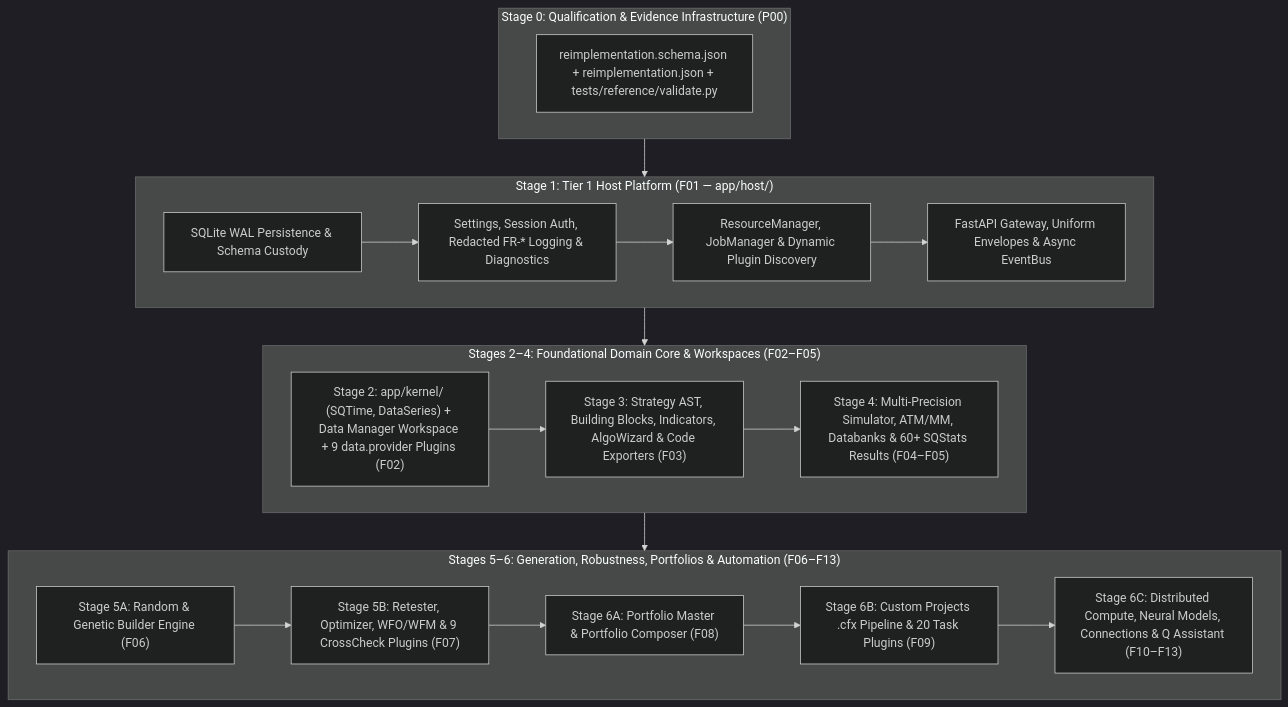
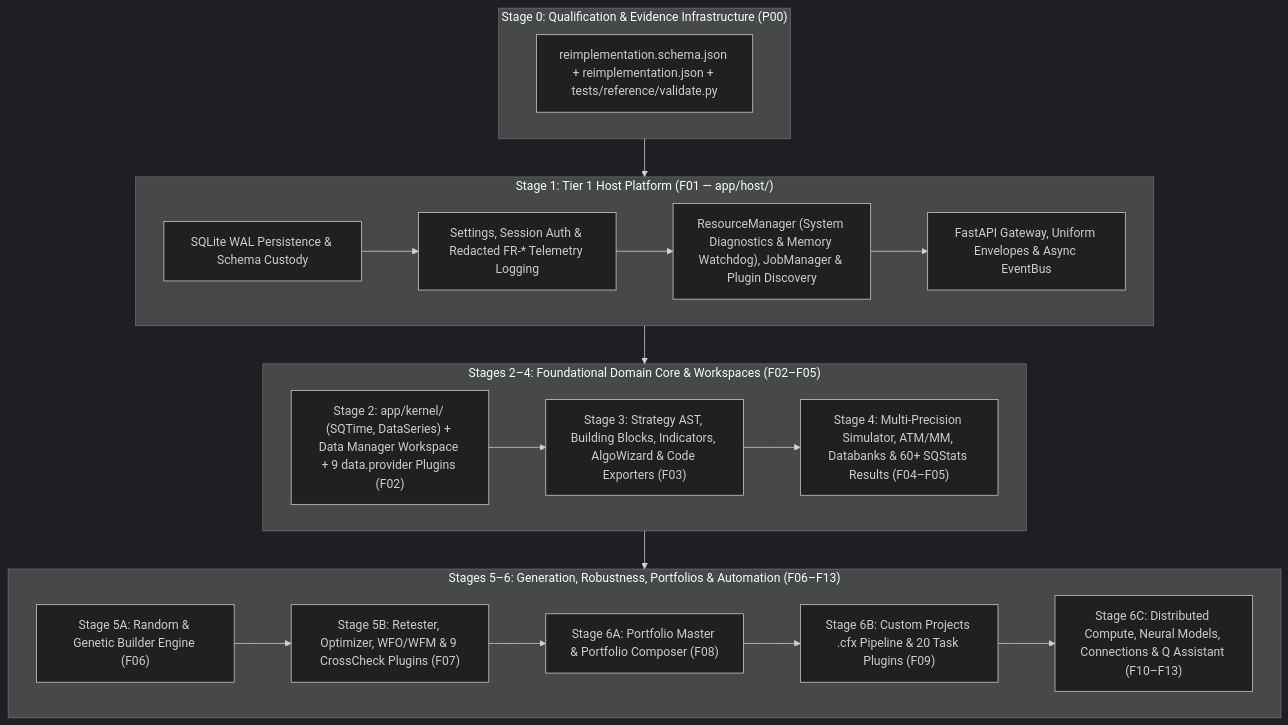
The fourth of 4 diagrams in docs/SQX/architecture-and-reimplementation.md (haruperi/HaruQuantAI), drawn with Mermaid (dark theme) before and after one commit. The commit also changed other lines of this file and 28 other files, not shown here.

````diff
--- a/docs/SQX/architecture-and-reimplementation.md
+++ b/docs/SQX/architecture-and-reimplementation.md
@@ -366,32 +365,32 @@
 ```mermaid
 flowchart TD
     subgraph Stage0["Stage 0: Qualification & Evidence Infrastructure (P00)"]
         P00["reimplementation.schema.json + reimplementation.json + tests/reference/validate.py"]
     end
 
     subgraph Stage1["Stage 1: Tier 1 Host Platform (F01 — app/host/)"]
         H_Persist["SQLite WAL Persistence & Schema Custody"]
-        H_Core["Settings, Session Auth, Redacted FR-* Logging & Diagnostics"]
-        H_Jobs["ResourceManager, JobManager & Dynamic Plugin Discovery"]
+        H_Core["Settings, Session Auth & Redacted FR-* Telemetry Logging"]
+        H_Jobs["ResourceManager (System Diagnostics & Memory Watchdog), JobManager & Plugin Discovery"]
         H_API["FastAPI Gateway, Uniform Envelopes & Async EventBus"]
         H_Persist --> H_Core --> H_Jobs --> H_API
     end
 
     subgraph Stage2_4["Stages 2–4: Foundational Domain Core & Workspaces (F02–F05)"]
         D_Data["Stage 2: app/kernel/ (SQTime, DataSeries) + Data Manager Workspace + 9 data.provider Plugins (F02)"]
         D_Strat["Stage 3: Strategy AST, Building Blocks, Indicators, AlgoWizard & Code Exporters (F03)"]
         D_Sim["Stage 4: Multi-Precision Simulator, ATM/MM, Databanks & 60+ SQStats Results (F04–F05)"]
         D_Data --> D_Strat --> D_Sim
     end
 
     subgraph Stage5_6["Stages 5–6: Generation, Robustness, Portfolios & Automation (F06–F13)"]
         W_Build["Stage 5A: Random & Genetic Builder Engine (F06)"]
         W_Valid["Stage 5B: Retester, Optimizer, WFO/WFM & 9 CrossCheck Plugins (F07)"]
         W_Port["Stage 6A: Portfolio Master & Portfolio Composer (F08)"]
         W_Proj["Stage 6B: Custom Projects .cfx Pipeline & 20 Task Plugins (F09)"]
         W_Adv["Stage 6C: Distributed Compute, Neural Models, Connections & Q Assistant (F10–F13)"]
         W_Build --> W_Valid --> W_Port --> W_Proj --> W_Adv
     end
 
     Stage0 --> Stage1 --> Stage2_4 --> Stage5_6
 ```
````
